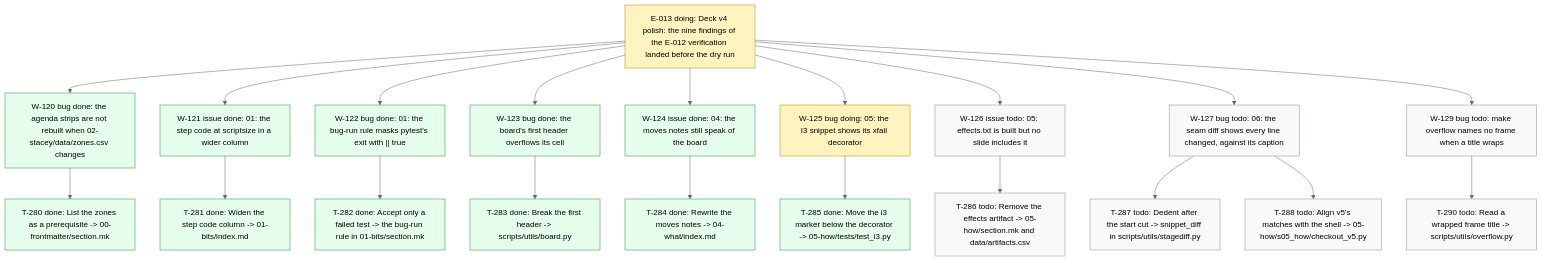
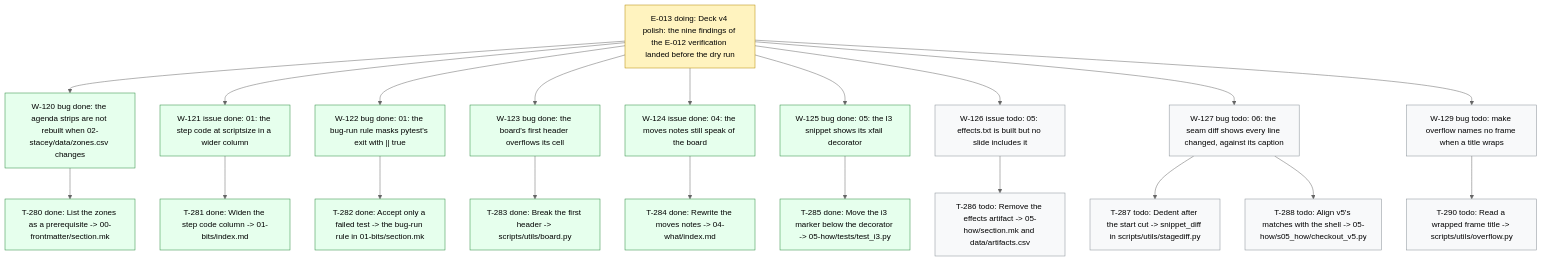
Before and after one commit to dpopchev/chaos-to-simple: the diagram in .board/BOARD.md, drawn with Mermaid (neutral theme). The commit also changed other lines of this file and 1 other file, not shown here.

Commit message:
chore(board): close W-125 -- landed
Refs: W-125

````diff
--- a/.board/BOARD.md
+++ b/.board/BOARD.md
@@ -729,31 +729,31 @@
 ```mermaid
 flowchart TD
   E013["E-013 doing: Deck v4 polish: the nine findings of the E-012 verification landed before the dry run"]
   E013 --> W120["W-120 bug done: the agenda strips are not rebuilt when 02-stacey/data/zones.csv changes"]
   W120 --> T280["T-280 done: List the zones as a prerequisite -> 00-frontmatter/section.mk"]
   E013 --> W121["W-121 issue done: 01: the step code at scriptsize in a wider column"]
   W121 --> T281["T-281 done: Widen the step code column -> 01-bits/index.md"]
   E013 --> W122["W-122 bug done: 01: the bug-run rule masks pytest's exit with || true"]
   W122 --> T282["T-282 done: Accept only a failed test -> the bug-run rule in 01-bits/section.mk"]
   E013 --> W123["W-123 bug done: the board's first header overflows its cell"]
   W123 --> T283["T-283 done: Break the first header -> scripts/utils/board.py"]
   E013 --> W124["W-124 issue done: 04: the moves notes still speak of the board"]
   W124 --> T284["T-284 done: Rewrite the moves notes -> 04-what/index.md"]
-  E013 --> W125["W-125 bug doing: 05: the I3 snippet shows its xfail decorator"]
+  E013 --> W125["W-125 bug done: 05: the I3 snippet shows its xfail decorator"]
   W125 --> T285["T-285 done: Move the i3 marker below the decorator -> 05-how/tests/test_i3.py"]
   E013 --> W126["W-126 issue todo: 05: effects.txt is built but no slide includes it"]
   W126 --> T286["T-286 todo: Remove the effects artifact -> 05-how/section.mk and data/artifacts.csv"]
   E013 --> W127["W-127 bug todo: 06: the seam diff shows every line changed, against its caption"]
   W127 --> T287["T-287 todo: Dedent after the start cut -> snippet_diff in scripts/utils/stagediff.py"]
   W127 --> T288["T-288 todo: Align v5's matches with the shell -> 05-how/s05_how/checkout_v5.py"]
   E013 --> W129["W-129 bug todo: make overflow names no frame when a title wraps"]
   W129 --> T290["T-290 todo: Read a wrapped frame title -> scripts/utils/overflow.py"]
   classDef doing fill:#fff3bf,stroke:#b58900,color:#000;
   classDef blocked fill:#ffe3e3,stroke:#c92a2a,color:#000;
   classDef done fill:#e6ffed,stroke:#2b8a3e,color:#000;
   classDef todo fill:#f8f9fa,stroke:#868e96,color:#000;
   classDef pruned fill:#f1f3f5,stroke:#adb5bd,color:#000;
-  class E013,W125 doing
-  class W120,T280,W121,T281,W122,T282,W123,T283,W124,T284,T285 done
+  class E013 doing
+  class W120,T280,W121,T281,W122,T282,W123,T283,W124,T284,W125,T285 done
   class W126,T286,W127,T287,T288,W129,T290 todo
 ```
````
